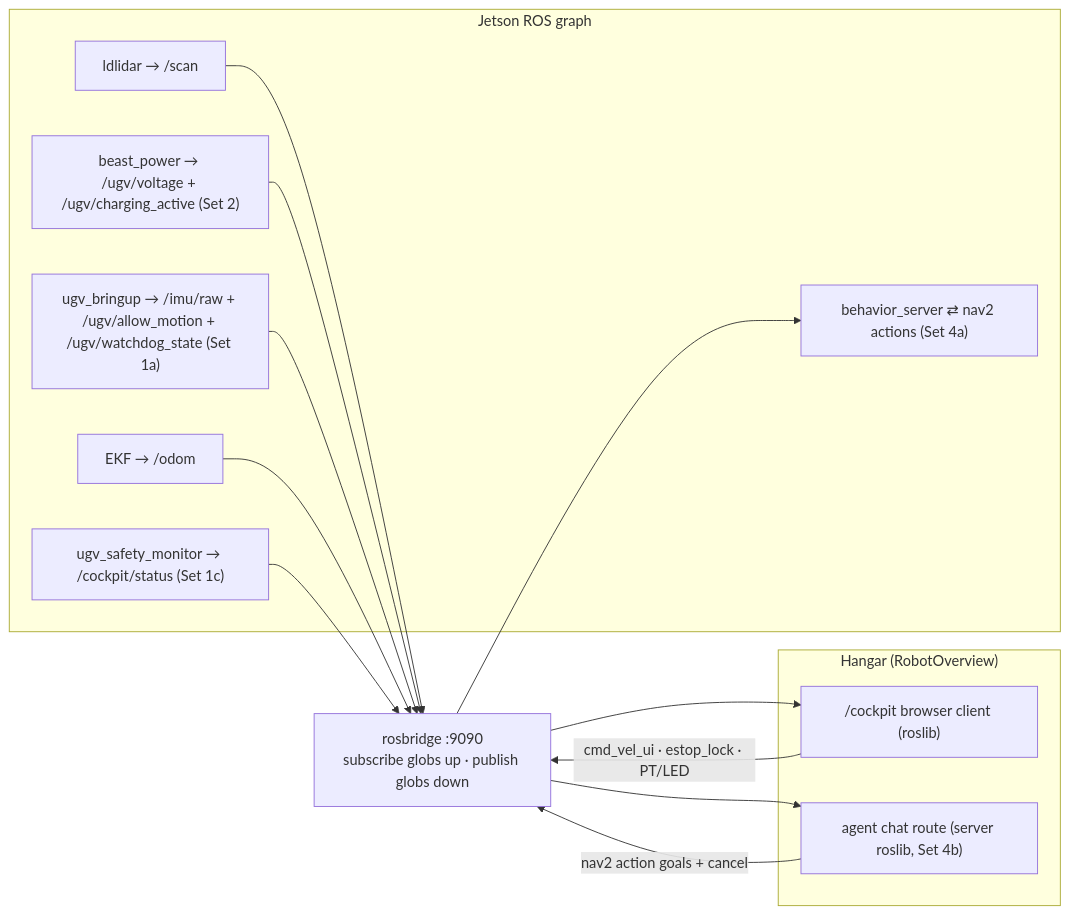
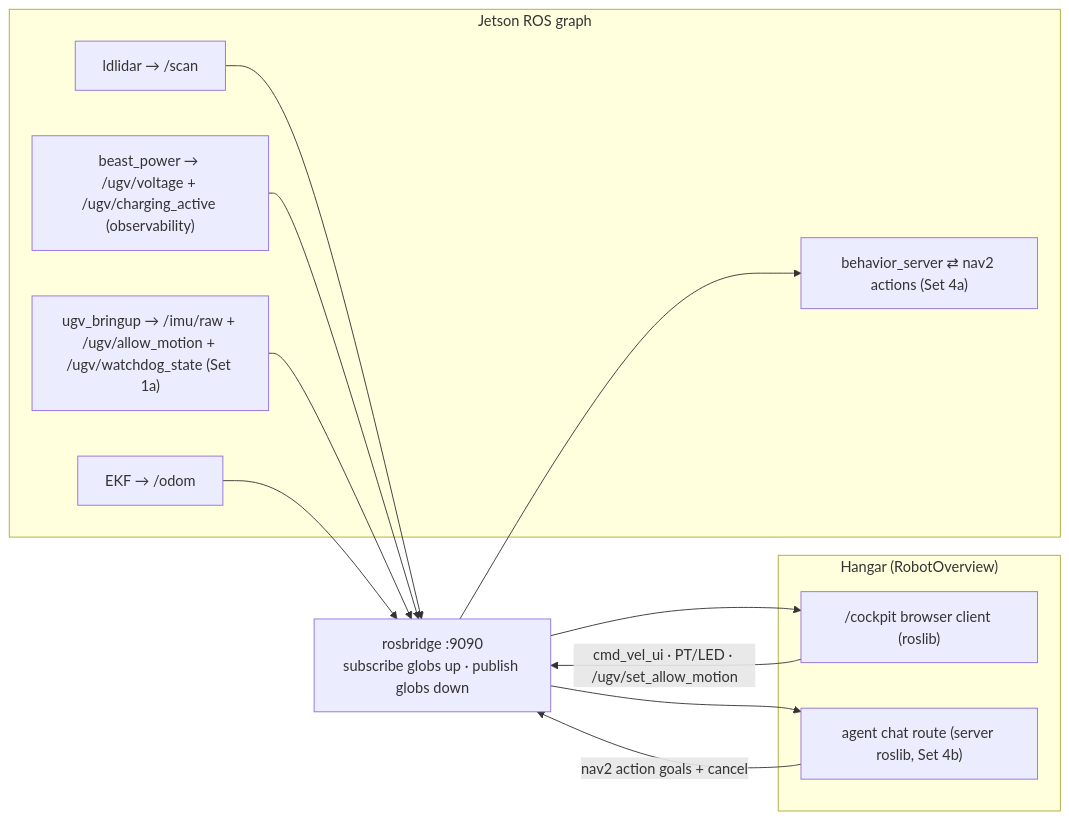
Before and after one commit to Coldaine/RobotOverview: the fourth of 4 diagrams in docs/beast-control-topology.md, drawn with Mermaid. The commit also changed other lines of this file and 21 other files, not shown here.

First line of the commit message:
fix(beast): reconcile stripped safety and power telemetry contracts

````diff
--- a/docs/beast-control-topology.md
+++ b/docs/beast-control-topology.md
@@ -147,26 +145,24 @@
 ```mermaid
 flowchart LR
   subgraph ros ["Jetson ROS graph"]
     LD["ldlidar → /scan"]
-    PWR["beast_power → /ugv/voltage + /ugv/charging_active (Set 2)"]
+    PWR["beast_power → /ugv/voltage + /ugv/charging_active (observability)"]
     BRB["ugv_bringup → /imu/raw + /ugv/allow_motion + /ugv/watchdog_state (Set 1a)"]
     EKF["EKF → /odom"]
-    MON["ugv_safety_monitor → /cockpit/status (Set 1c)"]
     BSV["behavior_server ⇄ nav2 actions (Set 4a)"]
   end
   RB["rosbridge :9090<br/>subscribe globs up · publish globs down"]
   subgraph hangar ["Hangar (RobotOverview)"]
     UI["/cockpit browser client (roslib)"]
     API["agent chat route (server roslib, Set 4b)"]
   end
   LD --> RB
   PWR --> RB
   BRB --> RB
   EKF --> RB
-  MON --> RB
   RB --> UI
   RB --> API
-  UI -->|"cmd_vel_ui · estop_lock · PT/LED"| RB
+  UI -->|"cmd_vel_ui · PT/LED · /ugv/set_allow_motion"| RB
   API -->|"nav2 action goals + cancel"| RB
   RB --> BSV
 ```
````
